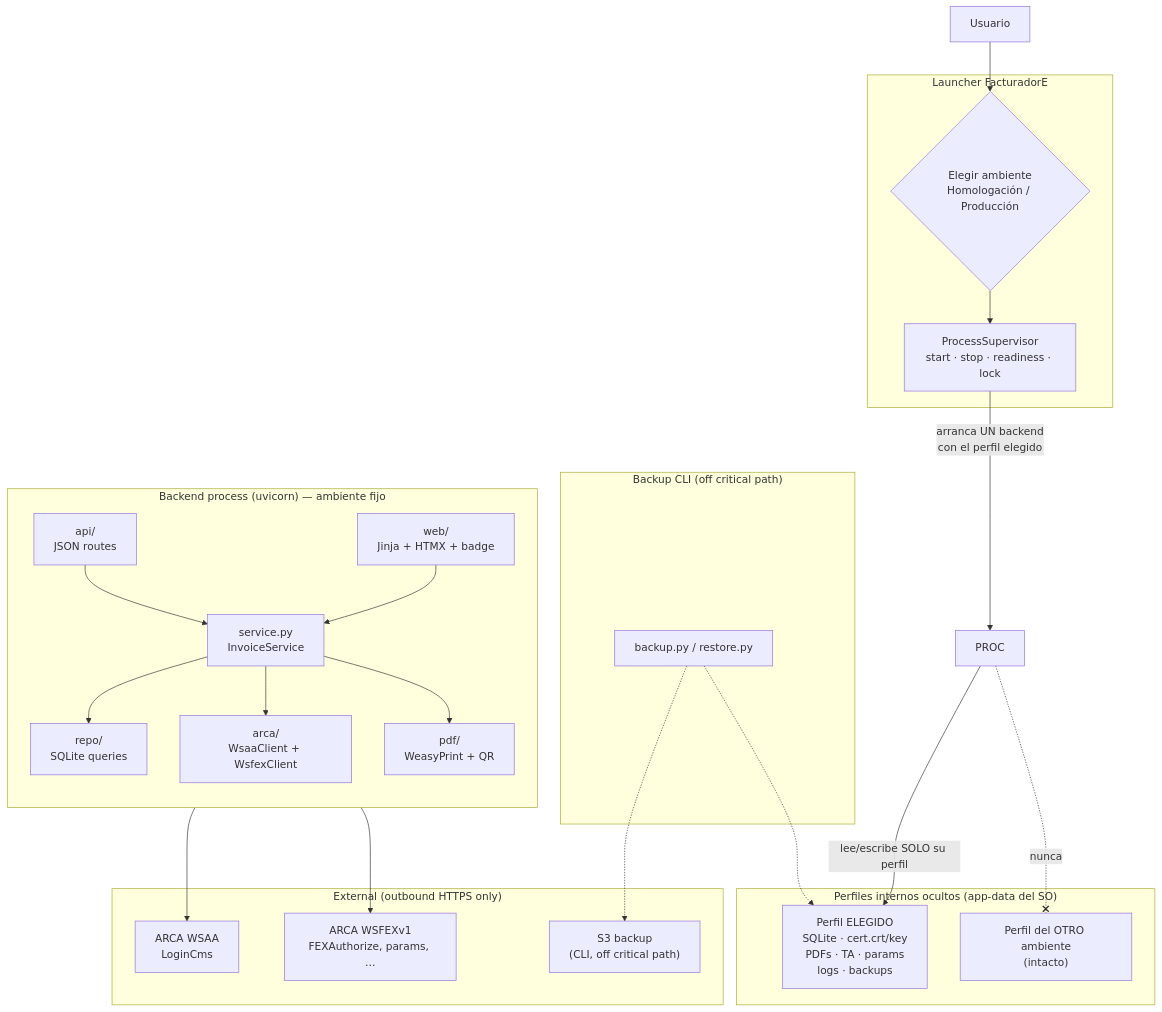
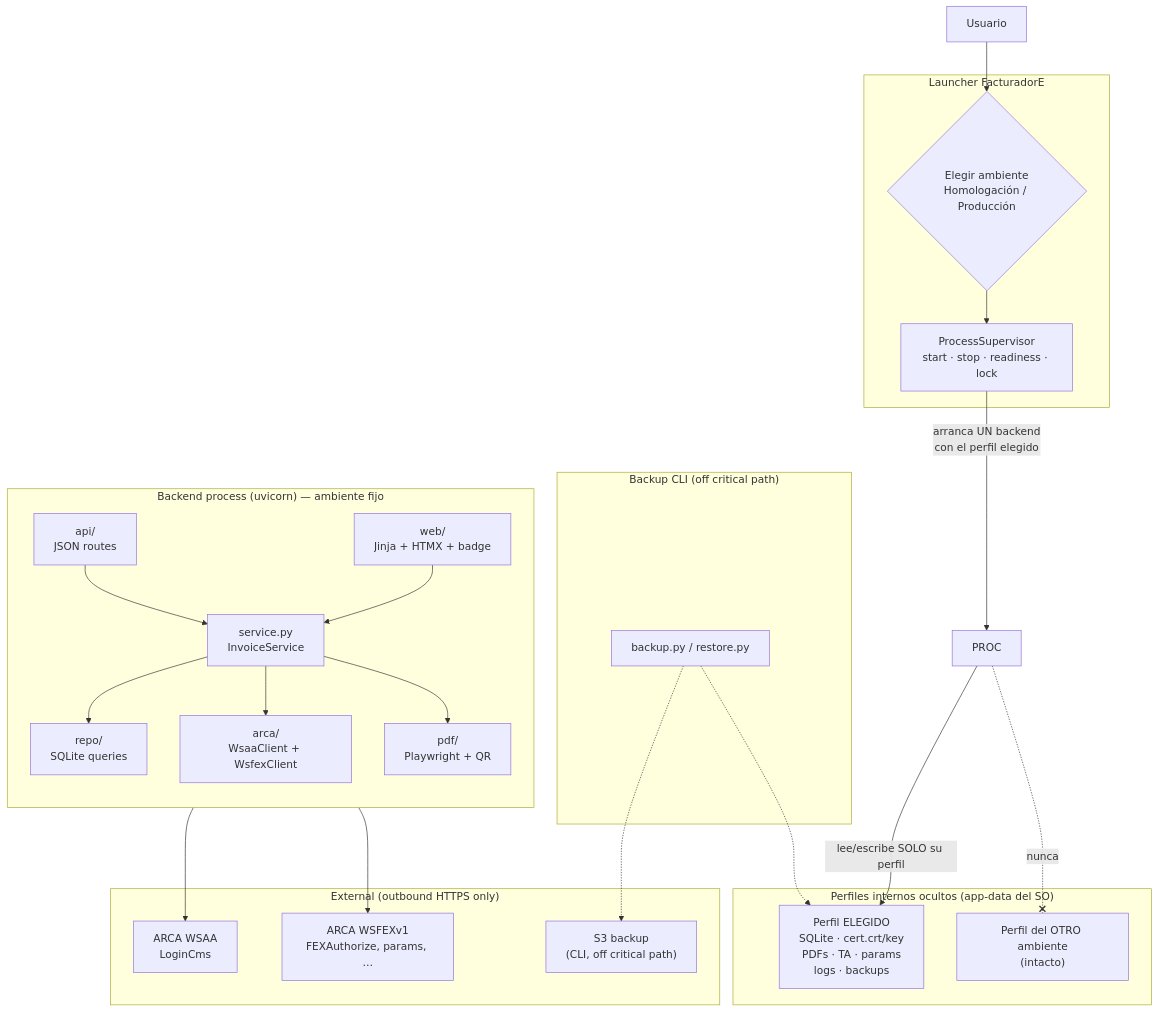
Before and after one commit to FacundoTripelhorn/facturadorE: the first of 7 diagrams in docs/agent/architecture-graphs.md, drawn with Mermaid. The commit also changed 15 other files, not shown here.

Commit message:
FAC-82: Replace WeasyPrint with Playwright Chromium for cross-OS PDF (#68)

````diff
--- a/docs/agent/architecture-graphs.md
+++ b/docs/agent/architecture-graphs.md
@@ -25,48 +25,48 @@
 ```mermaid
 flowchart TB
   USER["Usuario"] --> CHOICE
 
   subgraph launcher["Launcher FacturadorE"]
     CHOICE{"Elegir ambiente<br/>Homologación / Producción"}
     SUP["ProcessSupervisor<br/>start · stop · readiness · lock"]
     CHOICE --> SUP
   end
 
   SUP -->|"arranca UN backend<br/>con el perfil elegido"| PROC
 
   subgraph proc["Backend process (uvicorn) — ambiente fijo"]
     direction TB
     API["api/<br/>JSON routes"]
     WEB["web/<br/>Jinja + HTMX + badge"]
     SVC["service.py<br/>InvoiceService"]
     REPO["repo/<br/>SQLite queries"]
-    PDF["pdf/<br/>WeasyPrint + QR"]
+    PDF["pdf/<br/>Playwright + QR"]
     ARCA["arca/<br/>WsaaClient + WsfexClient"]
   end
 
   subgraph profiles["Perfiles internos ocultos (app-data del SO)"]
     SEL["Perfil ELEGIDO<br/>SQLite · cert.crt/key<br/>PDFs · TA · params<br/>logs · backups"]
     OTHER["Perfil del OTRO ambiente<br/>(intacto)"]
   end
 
   subgraph external["External (outbound HTTPS only)"]
     WSAA["ARCA WSAA<br/>LoginCms"]
     WSFEX["ARCA WSFEXv1<br/>FEXAuthorize, params, …"]
     S3["S3 backup<br/>(CLI, off critical path)"]
   end
 
   PROC -->|"lee/escribe SOLO su perfil"| SEL
   PROC -.-x|"nunca"| OTHER
   API --> SVC
   WEB --> SVC
   SVC --> REPO
   SVC --> ARCA
   SVC --> PDF
   ARCA --> WSAA
   ARCA --> WSFEX
   subgraph backup_cli["Backup CLI (off critical path)"]
     BAK["backup.py / restore.py"]
   end
   BAK -.-> S3
   BAK -.-> SEL
 ```
````
